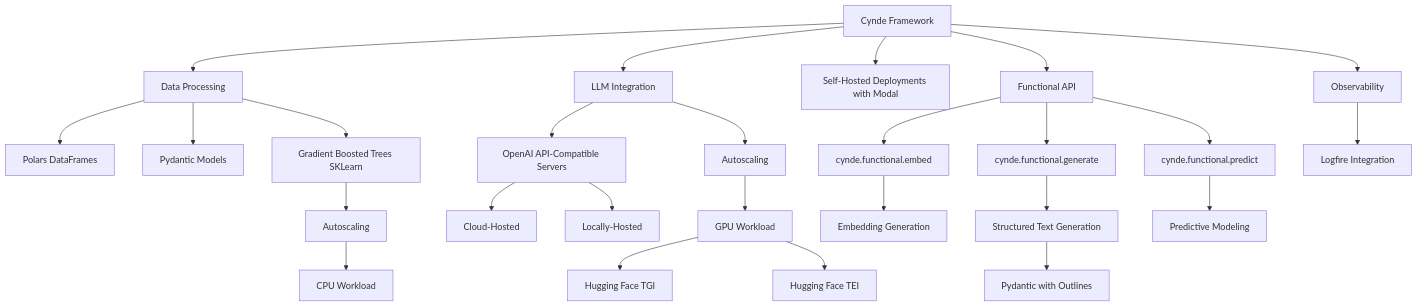
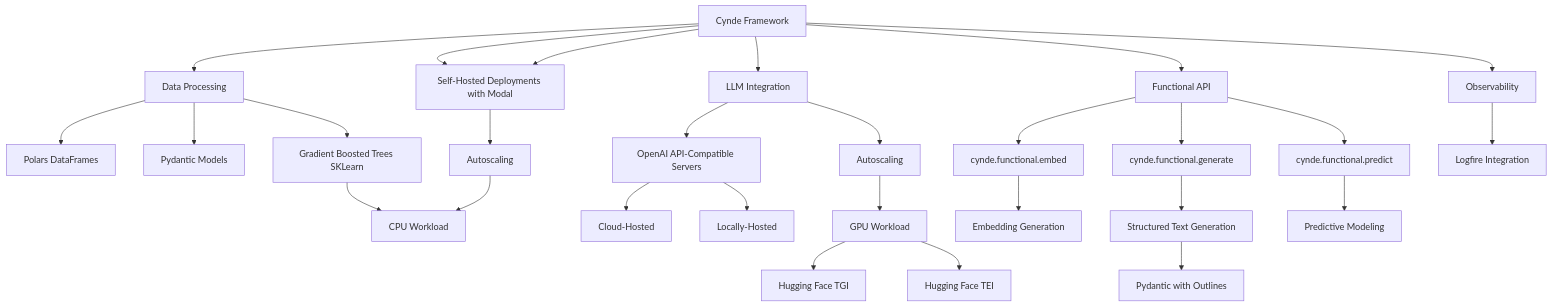
Before and after one commit to Neural-Dragon-AI/Cynde: the diagram in drawings.md, drawn with Mermaid.

````diff
--- a/drawings.md
+++ b/drawings.md
@@ -3,32 +3,35 @@
 ```mermaid
 graph TD
     A[Cynde Framework] --> B[Data Processing]
     B --> C[Polars DataFrames]
     B --> D[Pydantic Models]
     B --> E[Gradient Boosted Trees SKLearn]
-    E --> F[Autoscaling]
+    A --> P[Self-Hosted Deployments with Modal]
+
+    P --> F[Autoscaling]
     F --> G[CPU Workload]
+    E --> G
 
     A --> H[LLM Integration]
     H --> I[OpenAI API-Compatible Servers]
     I --> J[Cloud-Hosted]
     I --> K[Locally-Hosted]
     H --> L[Autoscaling]
     L --> M[GPU Workload]
     M --> N[Hugging Face TGI]
     M --> O[Hugging Face TEI]
 
     A --> P[Self-Hosted Deployments with Modal]
 
     A --> Q[Functional API]
     Q --> R[cynde.functional.embed]
     R --> S[Embedding Generation]
     Q --> T[cynde.functional.generate]
     T --> U[Structured Text Generation]
     U --> V[Pydantic with Outlines]
     Q --> W[cynde.functional.predict]
     W --> X[Predictive Modeling]
 
     A --> Y[Observability]
     Y --> Z[Logfire Integration]
 ```
````
